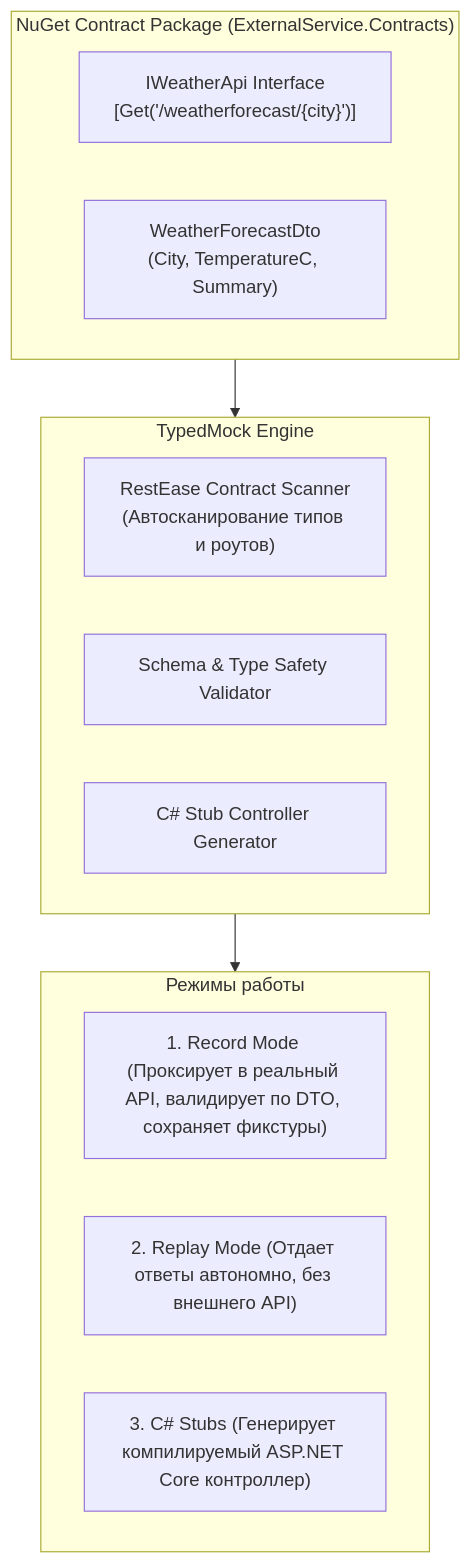
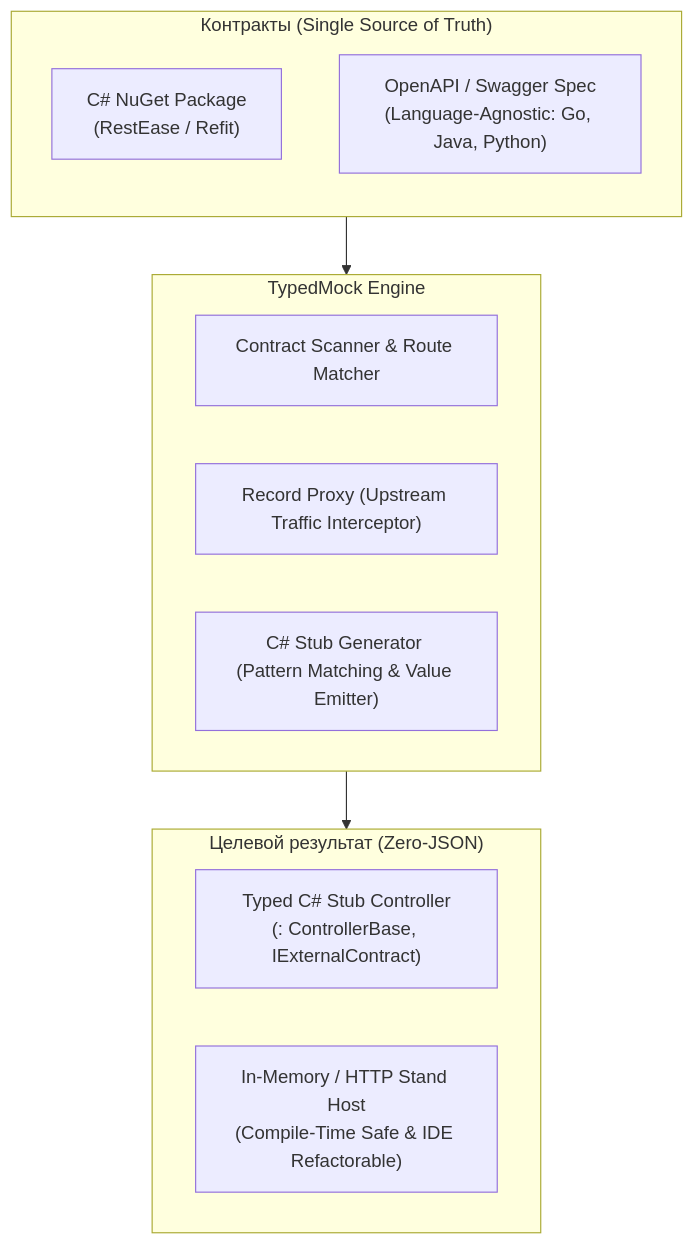
Before and after one commit to the4ups/mocking-proxy: the diagram in WALKTHROUGH.md, drawn with Mermaid. The commit also changed other lines of this file and 19 other files, not shown here.

Commit message:
feat: complete zero-json refactoring with deterministic C# pattern matching stubs

````diff
--- a/WALKTHROUGH.md
+++ b/WALKTHROUGH.md
@@ -30,22 +38,22 @@
 ```mermaid
 flowchart TD
-    subgraph NuGet["NuGet Contract Package (ExternalService.Contracts)"]
-        Interface["IWeatherApi Interface\n[Get('/weatherforecast/{city}')]"]
-        DTO["WeatherForecastDto\n(City, TemperatureC, Summary)"]
+    subgraph Contracts["Контракты (Single Source of Truth)"]
+        direction TB
+        DotNet["C# NuGet Package\n(RestEase / Refit)"]
+        Swagger["OpenAPI / Swagger Spec\n(Language-Agnostic: Go, Java, Python)"]
     end
 
     subgraph Core["TypedMock Engine"]
-        Scanner["RestEase Contract Scanner\n(Автосканирование типов и роутов)"]
-        Validator["Schema & Type Safety Validator"]
-        CodeGen["C# Stub Controller Generator"]
+        Scanner["Contract Scanner & Route Matcher"]
+        Proxy["Record Proxy (Upstream Traffic Interceptor)"]
+        CodeGen["C# Stub Generator (Pattern Matching & Value Emitter)"]
     end
 
-    subgraph Modes["Режимы работы"]
-        Record["1. Record Mode (Проксирует в реальный API, валидирует по DTO, сохраняет фикстуры)"]
-        Replay["2. Replay Mode (Отдает ответы автономно, без внешнего API)"]
-        Stubs["3. C# Stubs (Генерирует компилируемый ASP.NET Core контроллер)"]
+    subgraph GeneratedArtifacts["Целевой результат (Zero-JSON)"]
+        Controller["Typed C# Stub Controller\n(: ControllerBase, IExternalContract)"]
+        Host["In-Memory / HTTP Stand Host\n(Compile-Time Safe & IDE Refactorable)"]
     end
 
-    NuGet --> Core
-    Core --> Modes
+    Contracts --> Core
+    Core --> GeneratedArtifacts
 ```
````
